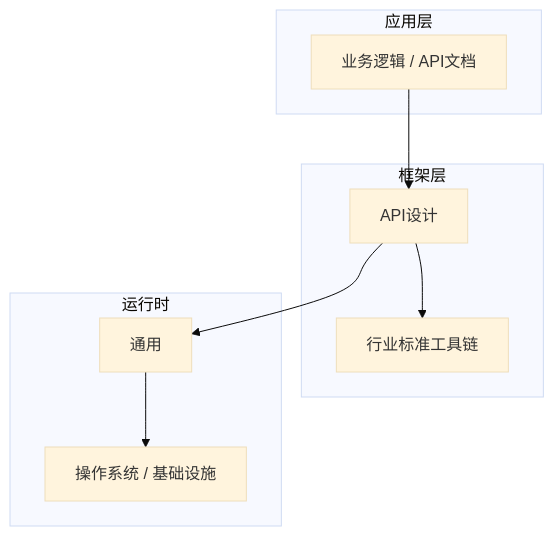
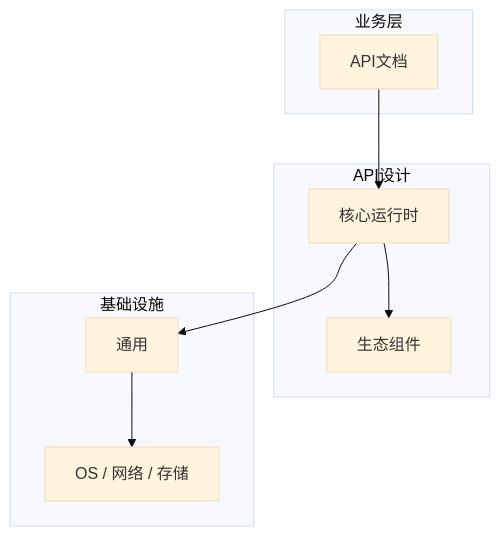
One commit to yanggan2015/knowledge-json-v2 changed the diagram in articles/API设计/chapters/031-API文档核心概念与原理.md. Above: the diagram before and after it, drawn with Mermaid (base theme). The commit also changed other lines of this file and 10127 other files, not shown here.

````diff
--- a/articles/API设计/chapters/031-API文档核心概念与原理.md
+++ b/articles/API设计/chapters/031-API文档核心概念与原理.md
@@ -45,18 +34,18 @@
 ```mermaid
 graph TB
-    subgraph 应用层
-        A[业务逻辑 / API文档]
+    subgraph 业务层
+        A[API文档]
     end
-    subgraph 框架层
-        B[API设计]
-        C[行业标准工具链]
+    subgraph API设计
+        B[核心运行时]
+        C[生态组件]
     end
-    subgraph 运行时
+    subgraph 基础设施
         D[通用]
-        E[操作系统 / 基础设施]
+        E[OS / 网络 / 存储]
     end
     A --> B
     B --> C
     B --> D
     D --> E
 ```
````
